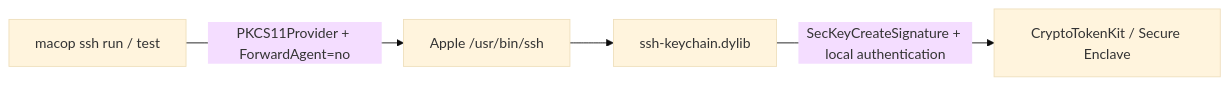
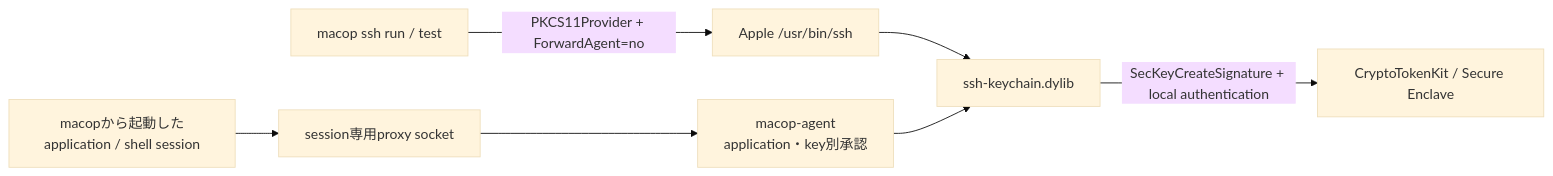
Before and after one commit to slashkiko/macop: the first of 2 diagrams in docs/macop-design.md, drawn with Mermaid (base theme). The commit also changed other lines of this file and 1 other file, not shown here.

Commit message:
docs: adopt verified SSH agent sessions

````diff
--- a/docs/macop-design.md
+++ b/docs/macop-design.md
@@ -296,6 +296,9 @@
 ```mermaid
 flowchart LR
     A["macop ssh run / test"] -->|"PKCS11Provider + ForwardAgent=no"| B["Apple /usr/bin/ssh"]
     B --> C["ssh-keychain.dylib"]
+    E["macopから起動したapplication / shell session"] --> F["session専用proxy socket"]
+    F --> G["macop-agent<br/>application・key別承認"]
+    G --> C
     C -->|"SecKeyCreateSignature + local authentication"| D["CryptoTokenKit / Secure Enclave"]
 ```
````
